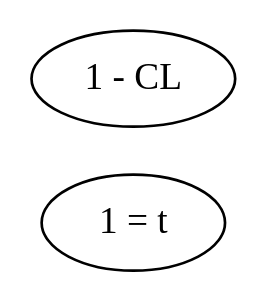
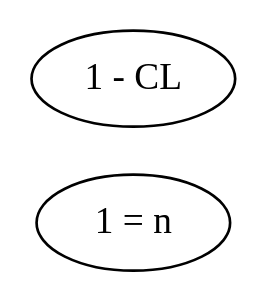
One commit to nossidge/zelda changed the diagram in data/grammar/rules/linear_chain_04.dot. Above: the diagram before and after it, drawn with Graphviz. The commit also changed 6 other files, not shown here.

```diff
--- a/data/grammar/rules/linear_chain_04.dot
+++ b/data/grammar/rules/linear_chain_04.dot
@@ -1,17 +1,17 @@
 digraph linear_chain_04 {
 
 
   # Weirdly, if you specify horizontal direction, you
   #   have to put the new nodes before the old nodes.
   rankdir="LR";
 
 
   # New node relations.
-  "1 = t"
+  "1 = n"
 
 
   # Old node relations.
   "1 - CL"
 
 
 }
```
